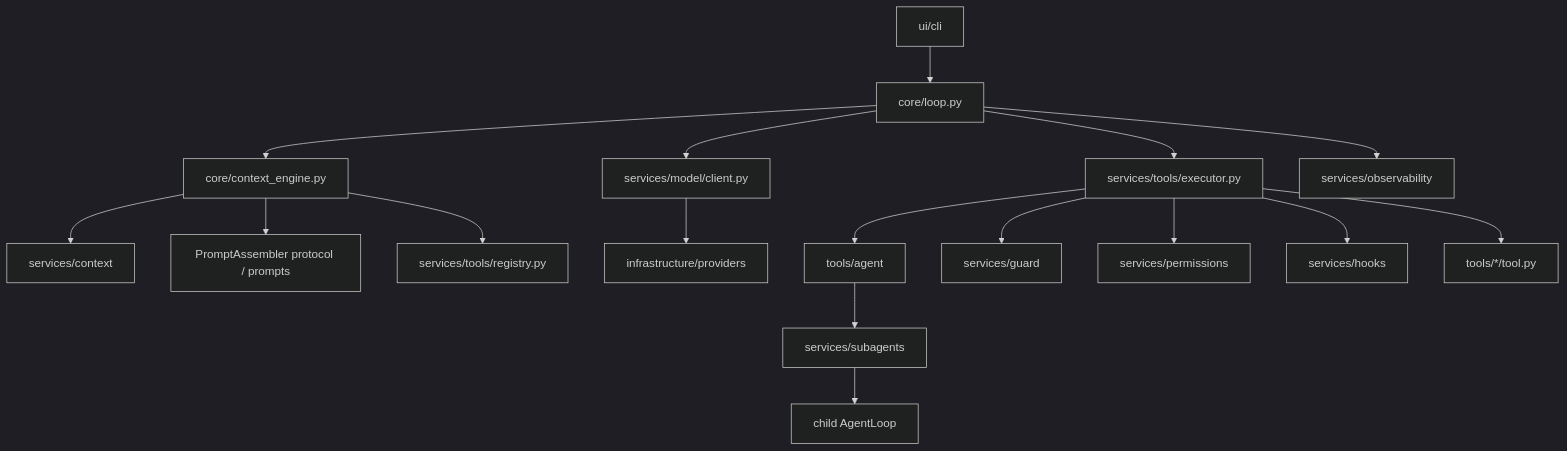
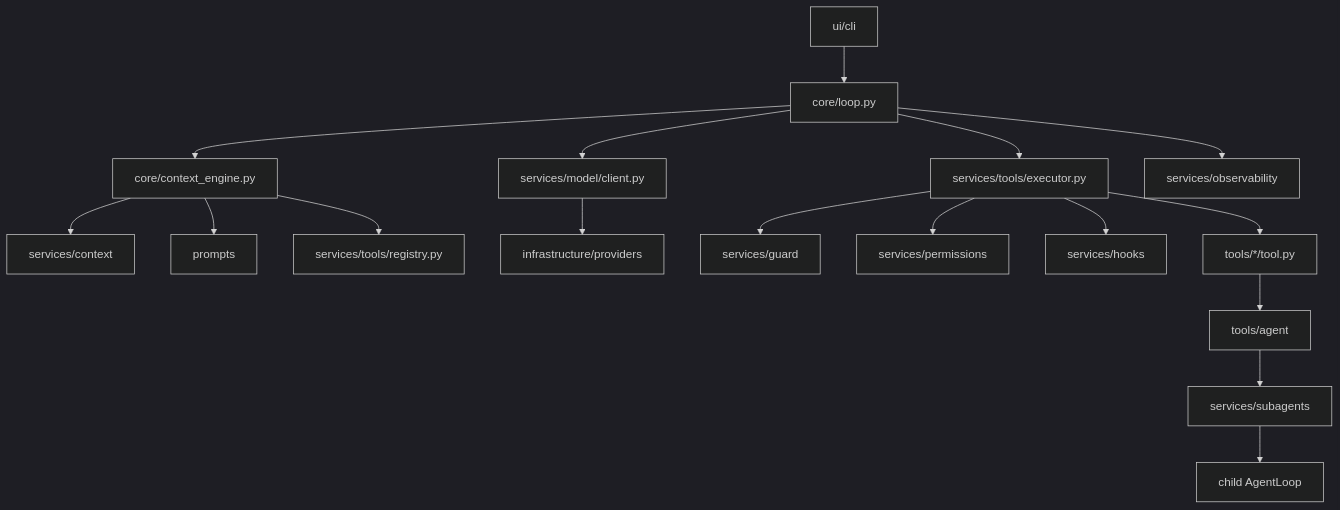
One commit to EtherealStar/OneCode changed the diagram in architecture.md. Above: the diagram before and after it, drawn with Mermaid (dark theme). The commit also changed other lines of this file and 36 other files, not shown here.

````diff
--- a/architecture.md
+++ b/architecture.md
@@ -345,19 +108,19 @@
 ```mermaid
 flowchart TD
   UI["ui/cli"] --> Loop["core/loop.py"]
   Loop --> Engine["core/context_engine.py"]
   Engine --> Context["services/context"]
-  Engine --> Prompts["PromptAssembler protocol / prompts"]
-  Engine --> ToolRegistry["services/tools/registry.py"]
+  Engine --> Prompts["prompts"]
+  Engine --> Registry["services/tools/registry.py"]
   Loop --> ModelClient["services/model/client.py"]
   ModelClient --> Provider["infrastructure/providers"]
-  Loop --> ToolExecutor["services/tools/executor.py"]
-  ToolExecutor --> AgentTool["tools/agent"]
+  Loop --> Executor["services/tools/executor.py"]
+  Executor --> Guard["services/guard"]
+  Executor --> Permission["services/permissions"]
+  Executor --> Hooks["services/hooks"]
+  Executor --> Tools["tools/*/tool.py"]
+  Tools --> AgentTool["tools/agent"]
   AgentTool --> Subagents["services/subagents"]
   Subagents --> ChildLoop["child AgentLoop"]
-  ToolExecutor --> Guard["services/guard"]
-  ToolExecutor --> Permission["services/permissions"]
-  ToolExecutor --> Hooks["services/hooks"]
-  ToolExecutor --> Tools["tools/*/tool.py"]
   Loop --> Trace["services/observability"]
 ```
````
